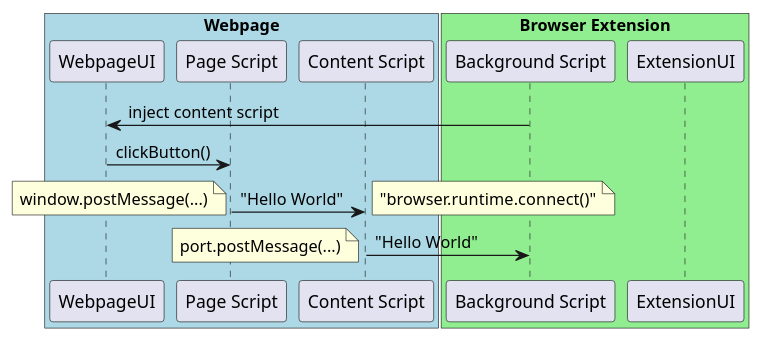
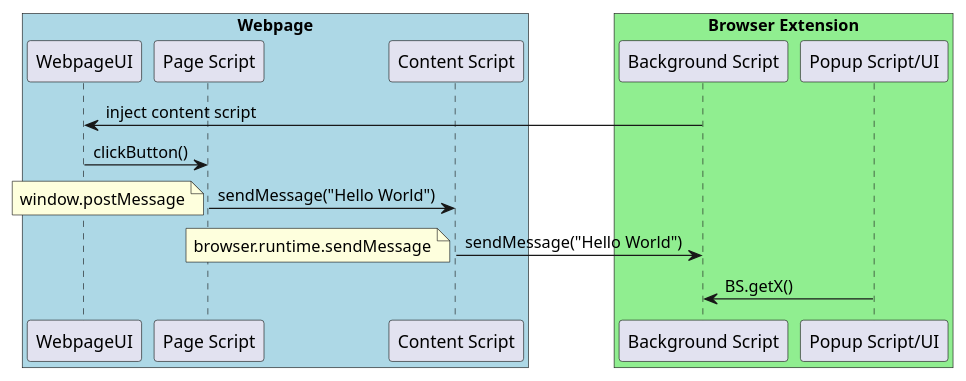
One commit to bonomat/website-browser-extension-communication changed the diagram in diagram.puml. Above: the diagram before and after it, drawn with PlantUML.

Commit message:
Showing communication in diagram

```diff
--- a/diagram.puml
+++ b/diagram.puml
@@ -1,38 +1,40 @@
 @startuml
 ' A content script is a part of your extension that runs in the context of a particular web page
 ' (as opposed to background scripts which are part of the extension,
 ' or scripts which are part of the web site itself, such as those loaded using the <script> element).
 
 box "Webpage" #LightBlue
 
 participant "WebpageUI"             as website
 participant "Page Script"           as PS
 
 participant "Content Script"        as CS
 
 end box
 
 box "Browser Extension" #LightGreen
 
 participant "Background Script"     as BS
-participant "ExtensionUI"           as EX
+participant "Popup Script/UI"       as PUS
 
 end box
 
 BS -> website : inject content script
 
 website -> PS: clickButton()
 'create CS
-PS -> CS: "Hello World"
-note left: window.postMessage(...)
-note right: "browser.runtime.connect()"
+PS -> CS: sendMessage("Hello World")
+note left: window.postMessage
 
 
 ' Connection-based messaging:
 ' https://developer.mozilla.org/en-US/docs/Mozilla/Add-ons/WebExtensions/Content_scripts#connection-based_messaging
-CS -> BS : "Hello World"
-note left: port.postMessage(...)
+CS -> BS : sendMessage("Hello World")
+note left: browser.runtime.sendMessage
+
+PUS -> BS : BS.getX()
+'Cannot open UI from BS
 
 
 
 @enduml
```
